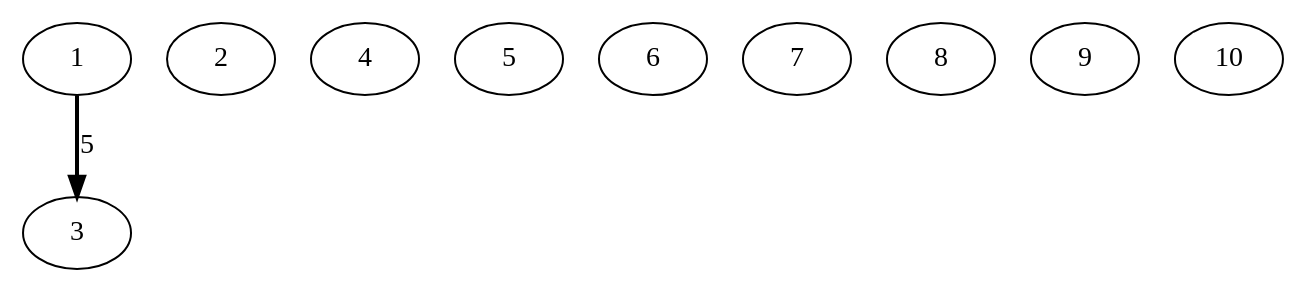
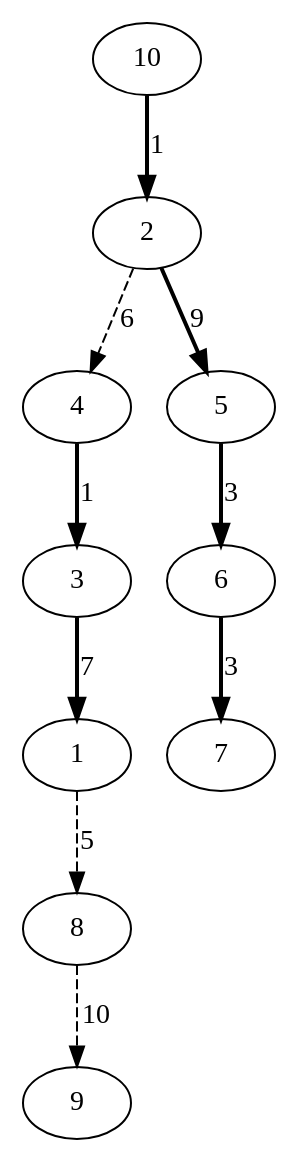
One commit to Musab1Blaser/DynamicTrees_NF changed the diagram in ST-Tree/src/combined_graph.dot. Above: the diagram before and after it, drawn with Graphviz. The commit also changed 4 other files, not shown here.

```diff
--- a/ST-Tree/src/combined_graph.dot
+++ b/ST-Tree/src/combined_graph.dot
@@ -1,13 +1,21 @@
 digraph G {
-1 -> 3 [style=bold, label=5];
+4 -> 3 [style=bold, label=1];
+3 -> 1 [style=bold, label=7];
+10 -> 2 [style=bold, label=1];
+2 -> 5 [style=bold, label=9];
+5 -> 6 [style=bold, label=3];
+6 -> 7 [style=bold, label=3];
+2 -> 4 [style=dashed, label=6];
+1 -> 8 [style=dashed, label=5];
+8 -> 9 [style=dashed, label=10];
 1; 
 2; 
 3; 
 4; 
 5; 
 6; 
 7; 
 8; 
 9; 
 10; 
 }
```
